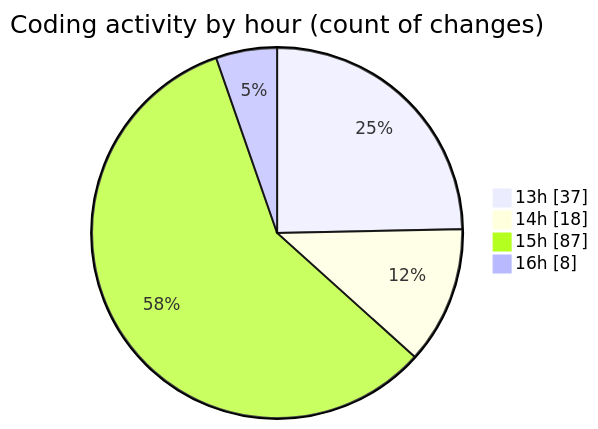
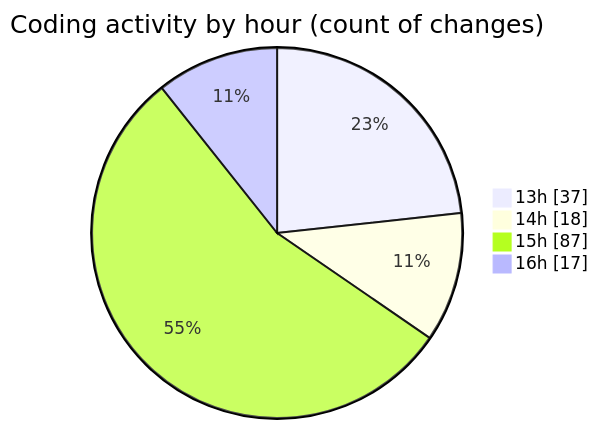
The second of 2 diagrams in 2026-04-11/scripting_workshop/README.md (Unknowalive/code-tracking), drawn with Mermaid before and after one commit. The commit also changed other lines of this file and 1 other file, not shown here.

````diff
--- a/2026-04-11/scripting_workshop/README.md
+++ b/2026-04-11/scripting_workshop/README.md
@@ -64,8 +65,8 @@
 ```mermaid
 pie showData
 title Coding activity by hour (count of changes)
 "13h" : 37
 "14h" : 18
 "15h" : 87
-"16h" : 8
+"16h" : 17
 ```
````
